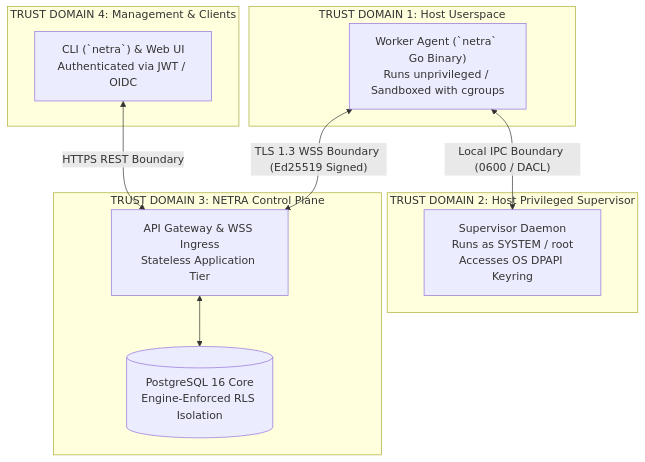
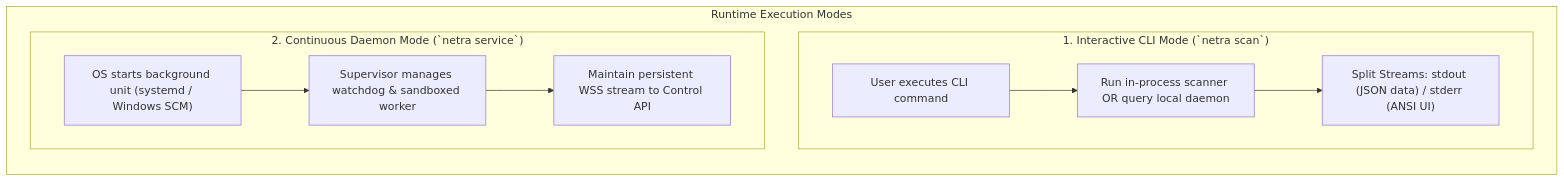
The third of 8 diagrams in docs/ARCHITECTURE.md (Subhadip-Paul2006/NETRA-Backend), drawn with Mermaid before and after one commit. The commit also changed other lines of this file and 15 other files, not shown here.

Commit message:
docs: establish authoritative open-source academic architecture & technical specification suite

````diff
--- a/docs/ARCHITECTURE.md
+++ b/docs/ARCHITECTURE.md
@@ -89,24 +88,15 @@
 ```mermaid
 flowchart TD
-    subgraph TD1["TRUST DOMAIN 1: Host Userspace"]
-        Worker["Worker Agent (`netra` Go Binary)<br/>Runs unprivileged / Sandboxed with cgroups"]
+    subgraph RuntimeModes["Runtime Execution Modes"]
+        direction TB
+        subgraph Mode1["1. Interactive CLI Mode (`netra scan`)"]
+            CLIExec["User executes CLI command"] --> LocalEngine["Run in-process scanner OR query local daemon"]
+            LocalEngine --> StreamSplit["Split Streams: stdout (JSON data) / stderr (ANSI UI)"]
+        end
+        
+        subgraph Mode2["2. Continuous Daemon Mode (`netra service`)"]
+            ServiceExec["OS starts background unit (systemd / Windows SCM)"] --> SupDaemon["Supervisor manages watchdog & sandboxed worker"]
+            SupDaemon --> StreamOut["Maintain persistent WSS stream to Control API"]
+        end
     end
-
-    subgraph TD2["TRUST DOMAIN 2: Host Privileged Supervisor"]
-        Sup["Supervisor Daemon<br/>Runs as SYSTEM / root<br/>Accesses OS DPAPI Keyring"]
-    end
-
-    subgraph TD3["TRUST DOMAIN 3: NETRA Control Plane"]
-        Gateway["API Gateway & WSS Ingress<br/>Stateless Application Tier"]
-        DB[("PostgreSQL 16 Core<br/>Engine-Enforced RLS Isolation")]
-        Gateway <--> DB
-    end
-
-    subgraph TD4["TRUST DOMAIN 4: Management & Clients"]
-        CLI["CLI (`netra`) & Web UI<br/>Authenticated via JWT / OIDC"]
-    end
-
-    Worker <-- "Local IPC Boundary (0600 / DACL)" --> Sup
-    Worker <-- "TLS 1.3 WSS Boundary (Ed25519 Signed)" --> Gateway
-    CLI <-- "HTTPS REST Boundary" --> Gateway
 ```
````
